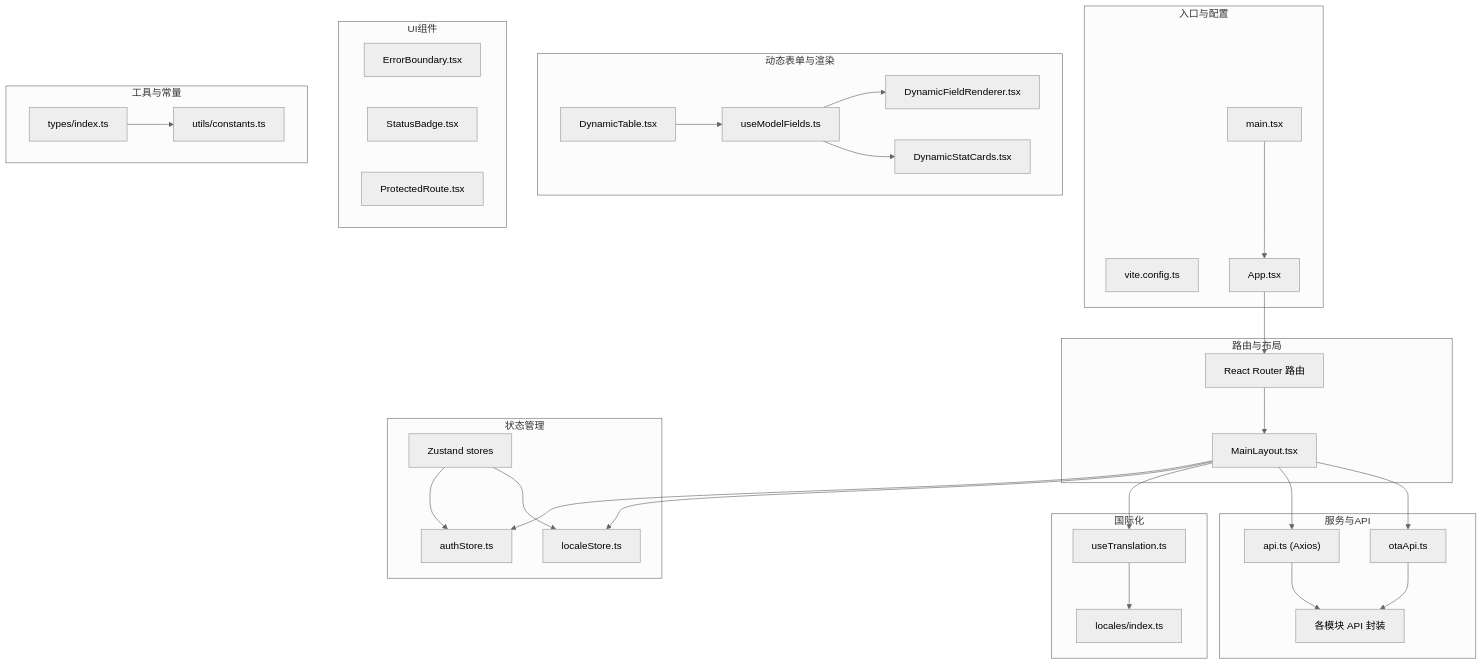
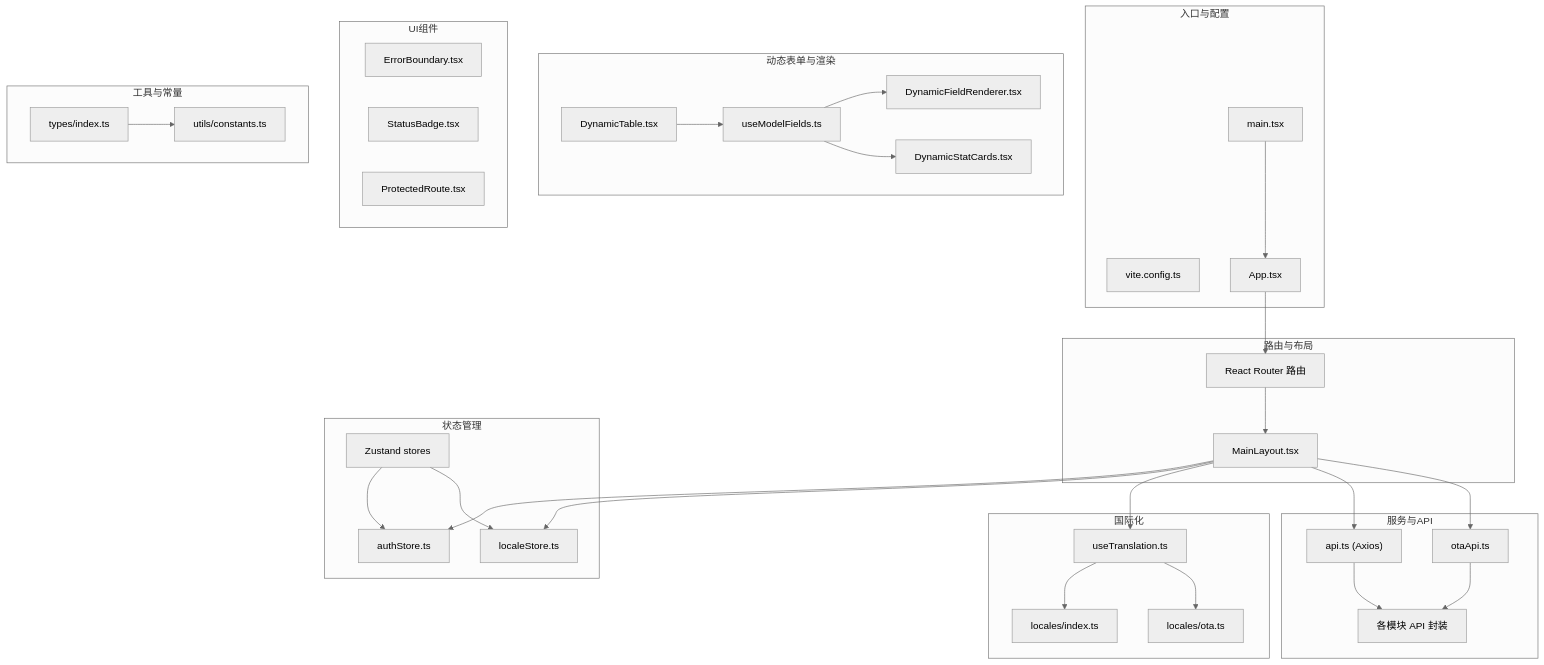
One commit to mcmrzy/cs_inv_monitor-develop changed the first of 10 diagrams in .qoder/repowiki/zh/content/管理后台前端/管理后台前端.md. Above: the diagram before and after it, drawn with Mermaid (neutral theme). The commit also changed other lines of this file and 88 other files, not shown here.

````diff
--- a/.qoder/repowiki/zh/content/管理后台前端/管理后台前端.md
+++ b/.qoder/repowiki/zh/content/管理后台前端/管理后台前端.md
@@ -56,58 +56,60 @@
 ```mermaid
 graph TB
 subgraph "入口与配置"
 VITE["vite.config.ts"]
 MAIN["main.tsx"]
 APP["App.tsx"]
 end
 subgraph "路由与布局"
 ROUTER["React Router 路由"]
 LAYOUT["MainLayout.tsx"]
 end
 subgraph "状态管理"
 ZUSTAND["Zustand stores"]
 AUTH["authStore.ts"]
 LOCALE["localeStore.ts"]
 end
 subgraph "国际化"
 I18N_HOOK["useTranslation.ts"]
 I18N_LOCALES["locales/index.ts"]
+OTA_LOCALES["locales/ota.ts"]
 end
 subgraph "服务与API"
 AXIOS["api.ts (Axios)"]
 OTAAPI["otaApi.ts"]
 SERVICES["各模块 API 封装"]
 end
 subgraph "动态表单与渲染"
 DYN_FIELD["DynamicFieldRenderer.tsx"]
 DYN_STATS["DynamicStatCards.tsx"]
 DYN_TABLE["DynamicTable.tsx"]
 DYN_FIELDS["useModelFields.ts"]
 end
 subgraph "UI组件"
 ERROR_BOUNDARY["ErrorBoundary.tsx"]
 STATUS_BADGE["StatusBadge.tsx"]
 PROTECTED_ROUTE["ProtectedRoute.tsx"]
 end
 subgraph "工具与常量"
 TYPES["types/index.ts"]
 CONSTS["utils/constants.ts"]
 end
 MAIN --> APP
 APP --> ROUTER
 ROUTER --> LAYOUT
 LAYOUT --> AUTH
 LAYOUT --> LOCALE
 LAYOUT --> I18N_HOOK
 I18N_HOOK --> I18N_LOCALES
+I18N_HOOK --> OTA_LOCALES
 LAYOUT --> AXIOS
 LAYOUT --> OTAAPI
 DYN_FIELDS --> DYN_FIELD
 DYN_FIELDS --> DYN_STATS
 DYN_TABLE --> DYN_FIELDS
 AXIOS --> SERVICES
 OTAAPI --> SERVICES
 ZUSTAND --> AUTH
 ZUSTAND --> LOCALE
 TYPES --> CONSTS
 ```
````
